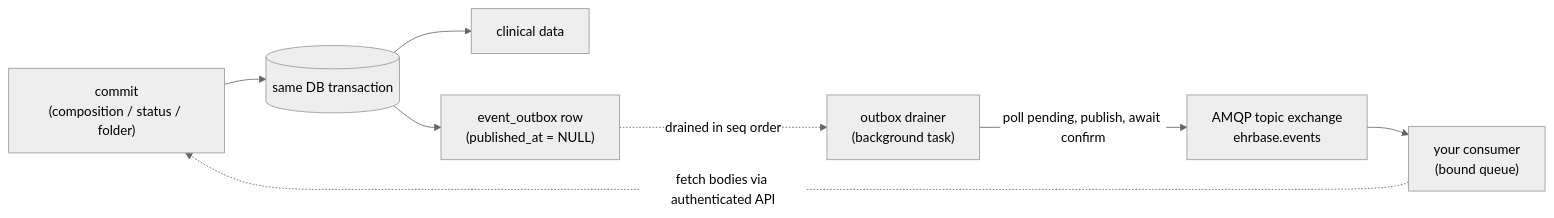
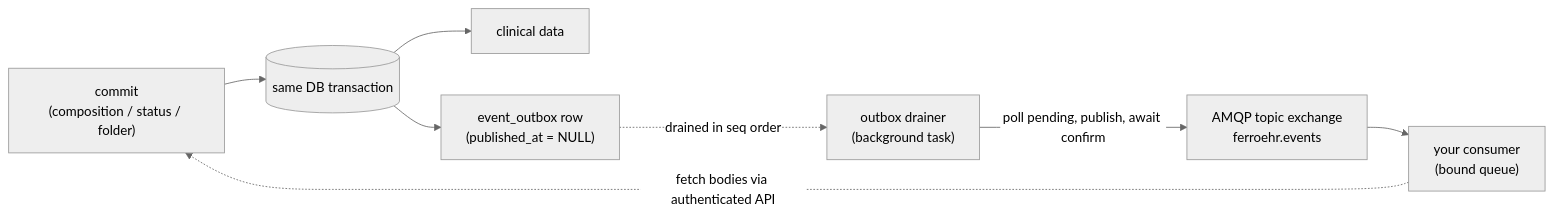
Before and after one commit to rubentalstra/FerroEHR: the diagram in website/book/src/beyond-core/amqp.md, drawn with Mermaid (neutral theme). The commit also changed other lines of this file and 1253 other files, not shown here.

````diff
--- a/website/book/src/beyond-core/amqp.md
+++ b/website/book/src/beyond-core/amqp.md
@@ -27,18 +27,18 @@
 ```mermaid
 flowchart LR
     commit["commit<br/>(composition / status / folder)"]
     tx[("same DB transaction")]
     node["clinical data"]
     outbox["event_outbox row<br/>(published_at = NULL)"]
     drain["outbox drainer<br/>(background task)"]
-    broker["AMQP topic exchange<br/>ehrbase.events"]
+    broker["AMQP topic exchange<br/>ferroehr.events"]
     consumer["your consumer<br/>(bound queue)"]
 
     commit --> tx
     tx --> node
     tx --> outbox
     drain -->|"poll pending, publish, await confirm"| broker
     outbox -.->|"drained in seq order"| drain
     broker --> consumer
     consumer -.->|"fetch bodies via authenticated API"| commit
 ```
````
